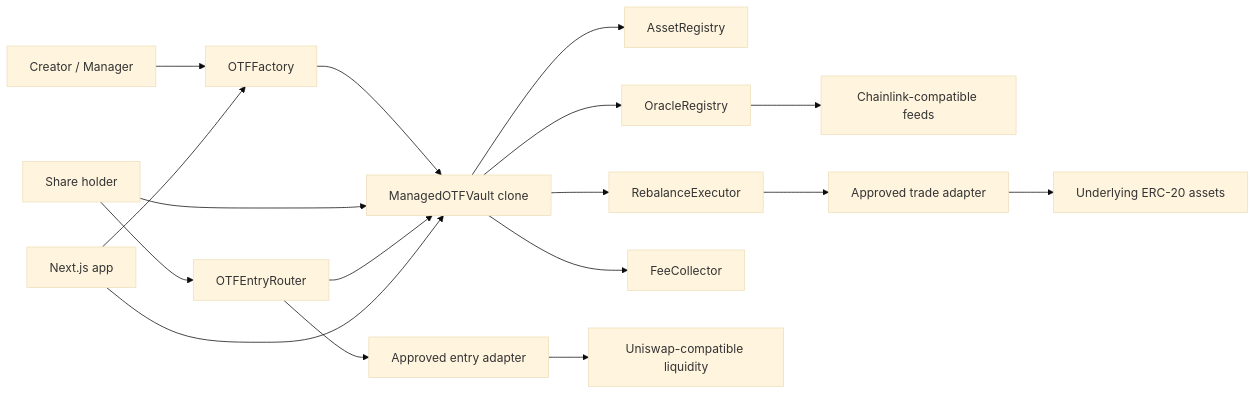
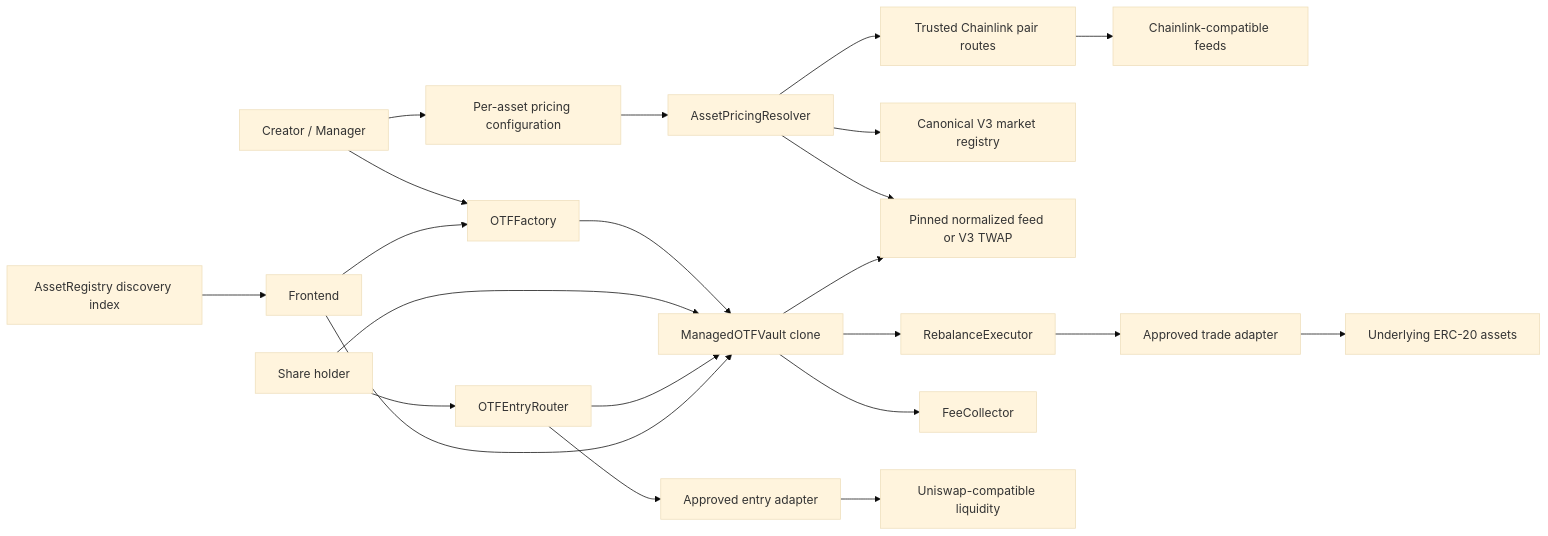
One commit to han1ue/onchaintradedfunds changed the diagram in README.md. Above: the diagram before and after it, drawn with Mermaid (base theme). The commit also changed other lines of this file and 111 other files, not shown here.

Commit message:
Refactor application architecture and update components

````diff
--- a/README.md
+++ b/README.md
@@ -64,19 +69,24 @@
 ```mermaid
 flowchart LR
   Creator[Creator / Manager] --> Factory[OTFFactory]
   Factory --> Clone[ManagedOTFVault clone]
-  Clone --> Registry[AssetRegistry]
-  Clone --> OracleRegistry[OracleRegistry]
+  Creator --> Config[Per-asset pricing configuration]
+  Config --> Resolver[AssetPricingResolver]
+  Resolver --> OracleRegistry[Trusted Chainlink pair routes]
+  Resolver --> V3Registry[Canonical V3 market registry]
   OracleRegistry --> Feeds[Chainlink-compatible feeds]
+  Resolver --> Pinned[Pinned normalized feed or V3 TWAP]
+  Clone --> Pinned
+  Registry[AssetRegistry discovery index] --> App[Frontend]
   Clone --> Executor[RebalanceExecutor]
   Executor --> Adapter[Approved trade adapter]
   Adapter --> Tokens[Underlying ERC-20 assets]
   Clone --> Collector[FeeCollector]
   User[Share holder] --> Clone
   User --> EntryRouter[OTFEntryRouter]
   EntryRouter --> EntryAdapter[Approved entry adapter]
   EntryAdapter --> Liquidity[Uniswap-compatible liquidity]
   EntryRouter --> Clone
-  App[Next.js app] --> Factory
+  App --> Factory
   App --> Clone
 ```
````
